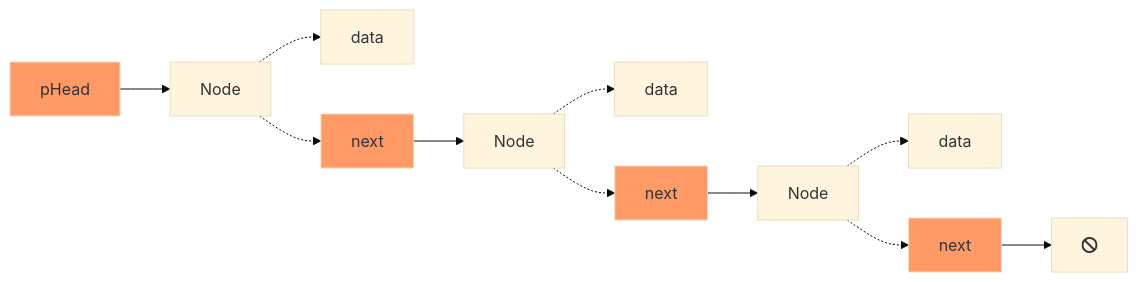
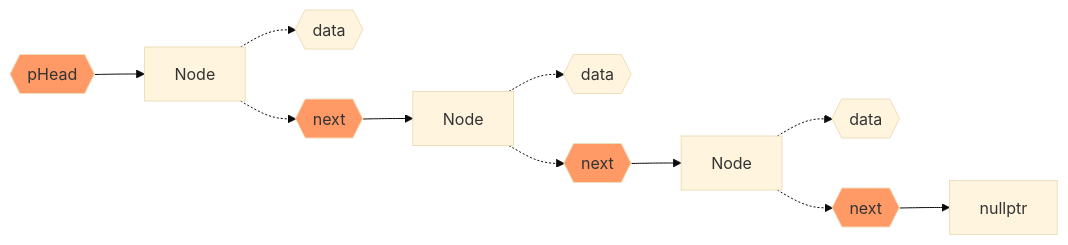
The diagram in README.md (ianchen0419/cpp-leetcode), drawn with Mermaid (base theme) before and after one commit.

````diff
--- a/README.md
+++ b/README.md
@@ -101,16 +101,16 @@
 ```mermaid
 flowchart LR
-    pHead:::orange-->node1[Node]
-    node1-.->data1[data]
-    node1-.->next1[next]:::orange
+    pHead{{pHead}}:::orange-->node1[Node]
+    node1-.->data1{{data}}
+    node1-.->next1{{next}}:::orange
     next1-->node2[Node]
-    node2-.->data2[data]
-    node2-.->next2[next]:::orange
+    node2-.->data2{{data}}
+    node2-.->next2{{next}}:::orange
     next2-->id3[Node]
-    id3-.->data3[data]
-    id3-.->next3[next]:::orange
-    next3-->node4[fa:fa-ban]
+    id3-.->data3{{data}}
+    id3-.->next3{{next}}:::orange
+    next3-->node4[nullptr]
 
     classDef orange fill:#f96
-    
+        
 ```
````
